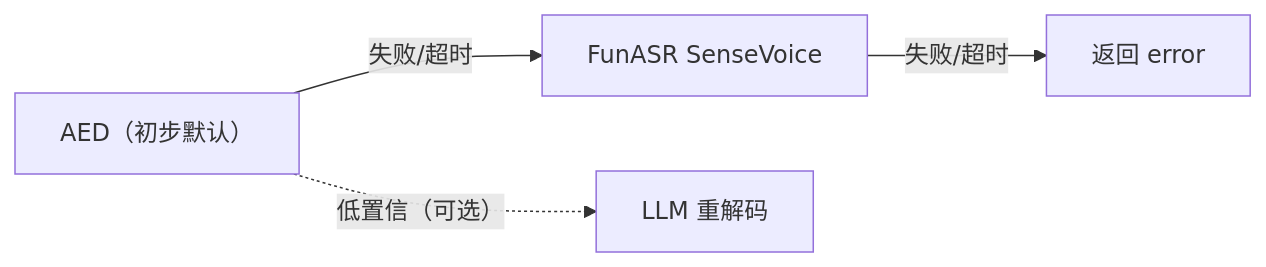
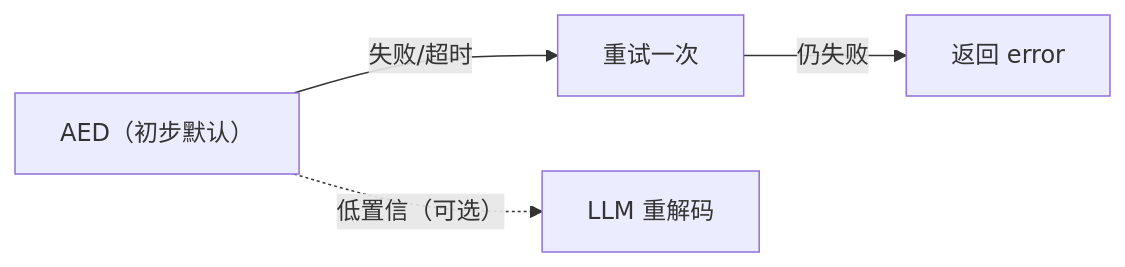
One commit to wonglaitung/FireRedASR2S changed the fifth of 5 diagrams in docs/ARCHITECTURE.md. Above: the diagram before and after it, drawn with Mermaid. The commit also changed other lines of this file and 2 other files, not shown here.

Commit message:
docs: adopt single-engine strategy without FunASR fallback

````diff
--- a/docs/ARCHITECTURE.md
+++ b/docs/ARCHITECTURE.md
@@ -369,6 +367,6 @@
 ```mermaid
 flowchart LR
-    A["AED（初步默认）"] -- "失败/超时" --> F["FunASR SenseVoice"]
-    F -- "失败/超时" --> E["返回 error"]
+    A["AED（初步默认）"] -- "失败/超时" --> R["重试一次"]
+    R -- "仍失败" --> E["返回 error"]
     A -. "低置信（可选）" .-> L["LLM 重解码"]
 ```
````
